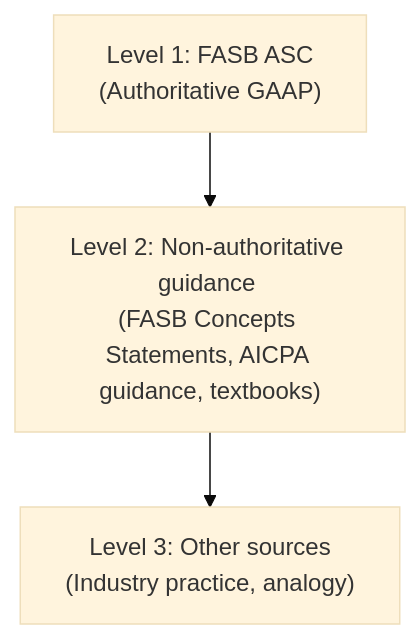
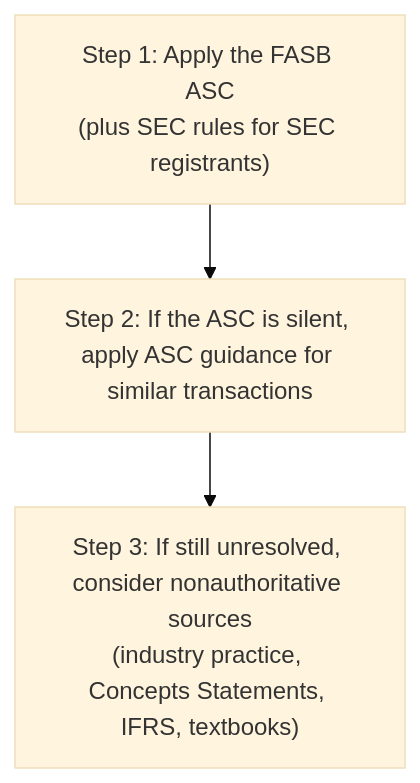
One commit to subwaymatch/cpabear-book changed the diagram in docs/far/index.md. Above: the diagram before and after it, drawn with Mermaid (base theme). The commit also changed other lines of this file and 222 other files, not shown here.

````diff
--- a/docs/far/index.md
+++ b/docs/far/index.md
@@ -65,5 +71,5 @@
 ```mermaid
 graph TD
-    A["Level 1: FASB ASC <br/>(Authoritative GAAP)"] --> B["Level 2: Non-authoritative guidance <br/>(FASB Concepts Statements, AICPA guidance, textbooks)"]
-    B --> C["Level 3: Other sources <br/>(Industry practice, analogy)"]
+    A["Step 1: Apply the FASB ASC<br/>(plus SEC rules for SEC registrants)"] --> B["Step 2: If the ASC is silent, apply ASC guidance for similar transactions"]
+    B --> C["Step 3: If still unresolved, consider nonauthoritative sources<br/>(industry practice, Concepts Statements, IFRS, textbooks)"]
 ```
````
